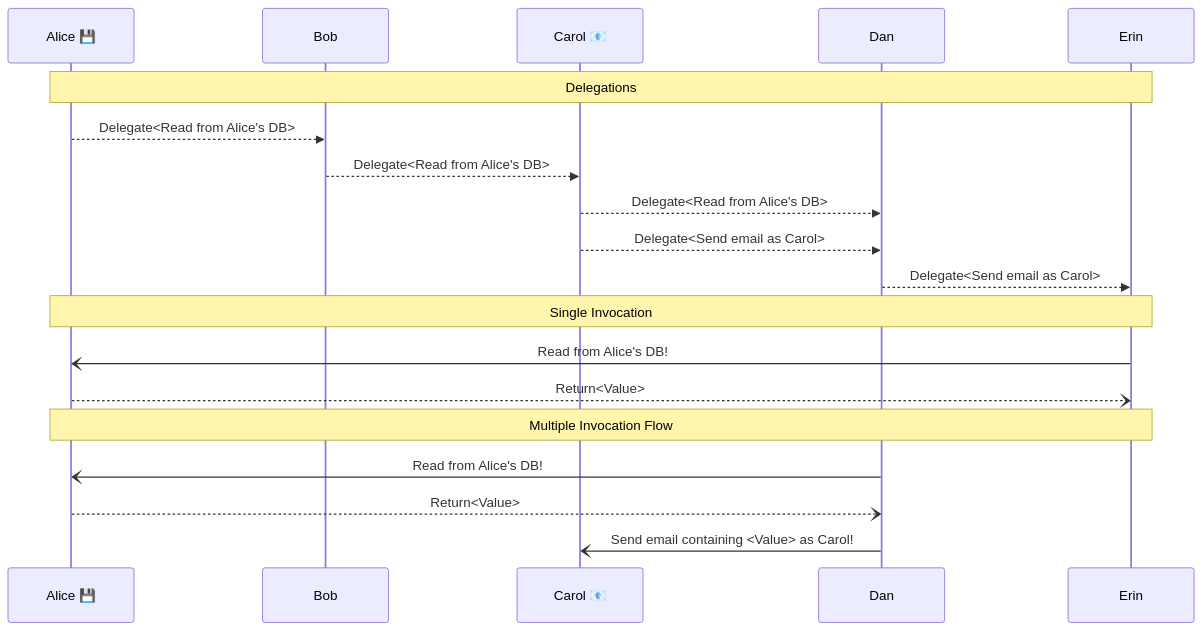
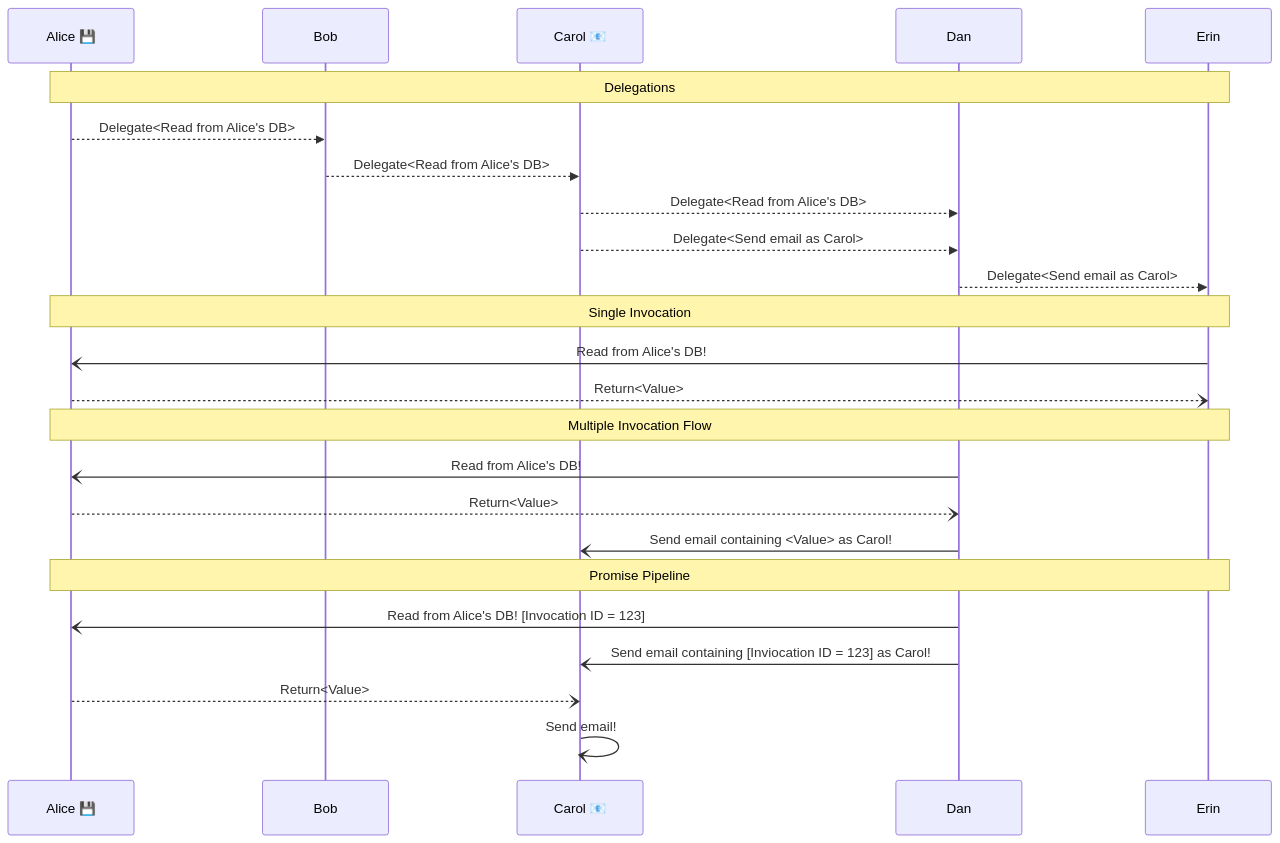
Before and after one commit to ucan-wg/invocation: the first of 3 diagrams in README.md, drawn with Mermaid.

Commit message:
Add pipeline

````diff
--- a/README.md
+++ b/README.md
@@ -78,24 +78,30 @@
 ``` mermaid
 sequenceDiagram
     participant Alice 💾
     participant Bob
     participant Carol 📧
     participant Dan
     participant Erin
 
     Note over Alice 💾, Erin: Delegations
-    Alice 💾 -->> Bob:      Delegate<Read from Alice's DB>
-    Bob      -->> Carol 📧: Delegate<Read from Alice's DB>
-    Carol 📧 -->> Dan:      Delegate<Read from Alice's DB>
-    Carol 📧 -->> Dan:      Delegate<Send email as Carol>
-    Dan      -->> Erin:     Delegate<Send email as Carol>
+        Alice 💾 -->> Bob:      Delegate<Read from Alice's DB>
+        Bob      -->> Carol 📧: Delegate<Read from Alice's DB>
+        Carol 📧 -->> Dan:      Delegate<Read from Alice's DB>
+        Carol 📧 -->> Dan:      Delegate<Send email as Carol>
+        Dan      -->> Erin:     Delegate<Send email as Carol>
 
     Note over Alice 💾, Erin: Single Invocation
-    Erin     -)  Alice 💾: Read from Alice's DB!
-    Alice 💾 --) Erin:     Return<Value>
+        Erin     -)  Alice 💾: Read from Alice's DB!
+        Alice 💾 --) Erin:     Return<Value>
 
     Note over Alice 💾, Erin: Multiple Invocation Flow
-    Dan      -)  Alice 💾: Read from Alice's DB!
-    Alice 💾 --) Dan:      Return<Value>
-    Dan      -)  Carol 📧: Send email containing <Value> as Carol!
+        Dan      -)  Alice 💾: Read from Alice's DB!
+        Alice 💾 --) Dan:      Return<Value>
+        Dan      -)  Carol 📧: Send email containing <Value> as Carol!
+
+    Note over Alice 💾, Erin: Promise Pipeline
+        Dan      -)  Alice 💾: Read from Alice's DB! [Invocation ID = 123]
+        Dan      -)  Carol 📧: Send email containing [Inviocation ID = 123] as Carol!
+        Alice 💾 --) Carol 📧: Return<Value>
+        Carol 📧 -) Carol 📧:  Send email!
 ```
````
